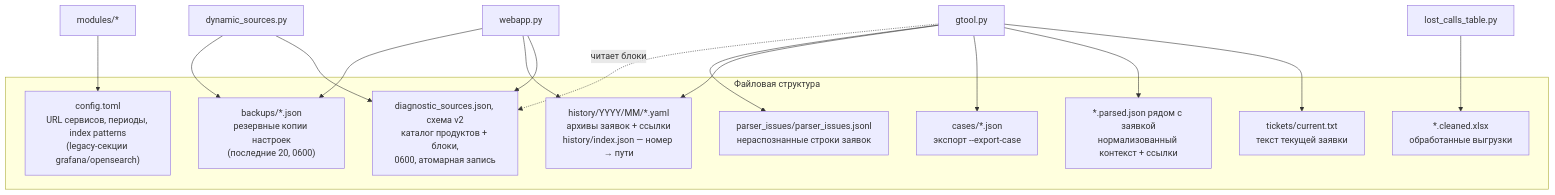
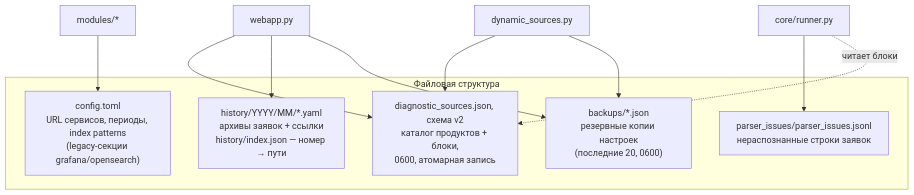
The tenth of 12 diagrams in docs/ARCHITECTURE.md (shifter1710/l2tool), drawn with Mermaid before and after one commit. The commit also changed other lines of this file and 27 other files, not shown here.

Commit message:
feat: make L2Tool web-only and add case export

````diff
--- a/docs/ARCHITECTURE.md
+++ b/docs/ARCHITECTURE.md
@@ -436,28 +427,19 @@
 ```mermaid
 flowchart TB
     subgraph files["Файловая структура"]
         configtoml["config.toml<br/>URL сервисов, периоды, index patterns<br/>(legacy-секции grafana/opensearch)"]
         dsjson["diagnostic_sources.json, схема v2<br/>каталог продуктов + блоки,<br/>0600, атомарная запись"]
         backupsdir["backups/*.json<br/>резервные копии настроек<br/>(последние 20, 0600)"]
-        tickets["tickets/current.txt<br/>текст текущей заявки"]
-        sidecar["*.parsed.json рядом с заявкой<br/>нормализованный контекст + ссылки"]
-        cases["cases/*.json<br/>экспорт --export-case"]
         histdir["history/YYYY/MM/*.yaml<br/>архивы заявок + ссылки<br/>history/index.json — номер → пути"]
         pissues["parser_issues/parser_issues.jsonl<br/>нераспознанные строки заявок"]
-        cleaned["*.cleaned.xlsx<br/>обработанные выгрузки"]
     end
 
-    gtoolCli["gtool.py"] --> tickets
-    gtoolCli --> sidecar
-    gtoolCli --> cases
-    gtoolCli --> histdir
-    gtoolCli --> pissues
-    gtoolCli -.->|"читает блоки"| dsjson
     webapp2["webapp.py"] --> dsjson
     webapp2 --> histdir
     webapp2 --> backupsdir
+    runner2["core/runner.py"] --> pissues
+    runner2 -.->|"читает блоки"| dsjson
     modules2["modules/*"] --> configtoml
     dynamic2["dynamic_sources.py"] --> dsjson
     dynamic2 --> backupsdir
-    lost2["lost_calls_table.py"] --> cleaned
 ```
````
